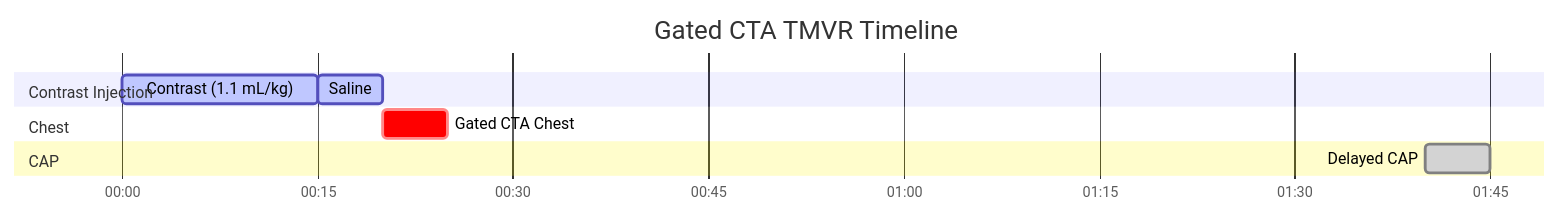
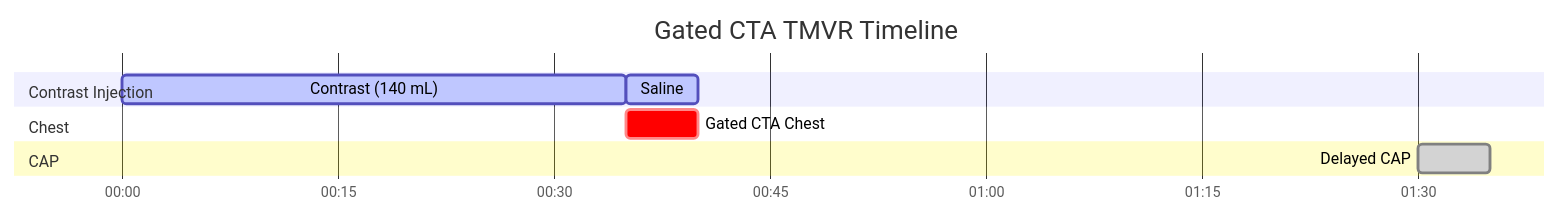
Before and after one commit to dfergs93/radiology-protocols: the diagram in docs/ct/cardiac/gated-cta-tmvr.md, drawn with Mermaid. The commit also changed other lines of this file and 85 other files, not shown here.

Commit message:
Regenerate protocol markdown files with acquisition-diagram placeholder

````diff
--- a/docs/ct/cardiac/gated-cta-tmvr.md
+++ b/docs/ct/cardiac/gated-cta-tmvr.md
@@ -88,20 +86,20 @@
   ```mermaid
   ---
   displayMode: compact
   config:
     theme: default
     themeCSS: " #Saline{ fill: #4ed5ff; stroke: #2094f3; } "
   ---
     gantt
       title Gated CTA TMVR Timeline
       dateFormat mm:ss
       axisFormat %M:%S 
       
       section Contrast Injection
-      Contrast (1.1 mL/kg)    :active, contrast, 00:00, 15s
+      Contrast (140 mL)    :active, contrast, 00:00, 35s
       Saline          :active, saline, after contrast, 5s
       section Chest
-      Gated CTA Chest    :crit, scan1, after saline, 5s
+      Gated CTA Chest    :crit, scan1, after contrast, 5s
       section CAP
-      Delayed CAP    :done, scan2, 01:40, 5s
+      Delayed CAP    :done, scan2, 01:30, 5s
   ```
````
